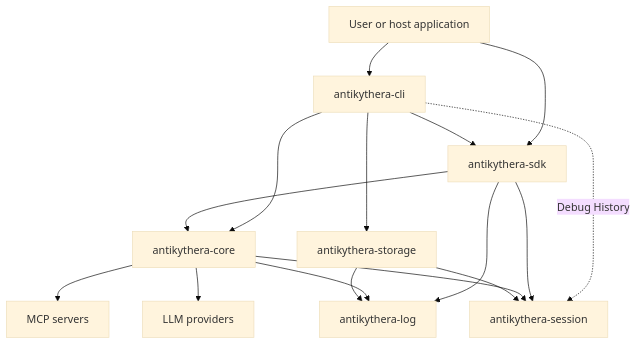
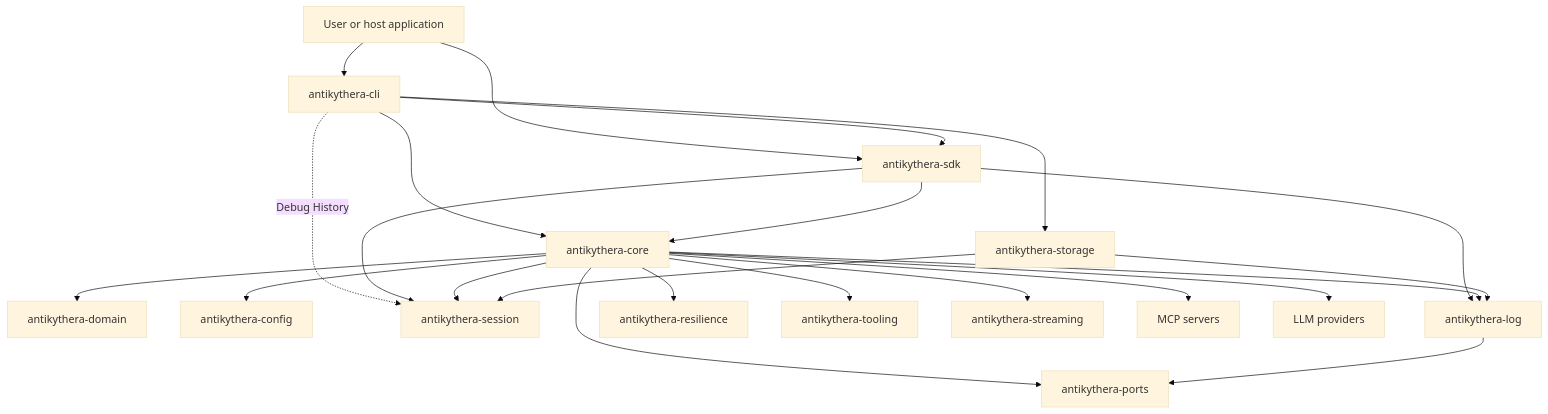
The first of 2 diagrams in documentation/ARCHITECTURE.md (tsfarizi/antikythera-mcp-framework), drawn with Mermaid (base theme) before and after one commit. The commit also changed other lines of this file and 35 other files, not shown here.

````diff
--- a/documentation/ARCHITECTURE.md
+++ b/documentation/ARCHITECTURE.md
@@ -7,28 +7,41 @@
 ```mermaid
 flowchart TD
     USER[User or host application]
     CLI[antikythera-cli]
     SDK[antikythera-sdk]
     CORE[antikythera-core]
+    DOMAIN[antikythera-domain]
+    PORTS[antikythera-ports]
+    CONFIG[antikythera-config]
     SESSION[antikythera-session]
     STORAGE[antikythera-storage]
     LOG[antikythera-log]
+    RESILIENCE[antikythera-resilience]
+    TOOLING[antikythera-tooling]
+    STREAMING[antikythera-streaming]
     MCP[MCP servers]
     LLM[LLM providers]
 
     USER --> CLI
     USER --> SDK
     CLI --> CORE
     CLI --> SDK
     CLI --> STORAGE
     CLI -.->|Debug History| SESSION
     SDK --> CORE
     SDK --> SESSION
     SDK --> LOG
+    CORE --> DOMAIN
+    CORE --> PORTS
+    CORE --> CONFIG
     CORE --> LOG
     CORE --> SESSION
+    CORE --> RESILIENCE
+    CORE --> TOOLING
+    CORE --> STREAMING
     CORE --> MCP
     CORE --> LLM
     STORAGE --> SESSION
     STORAGE --> LOG
+    LOG --> PORTS
 ```
````
